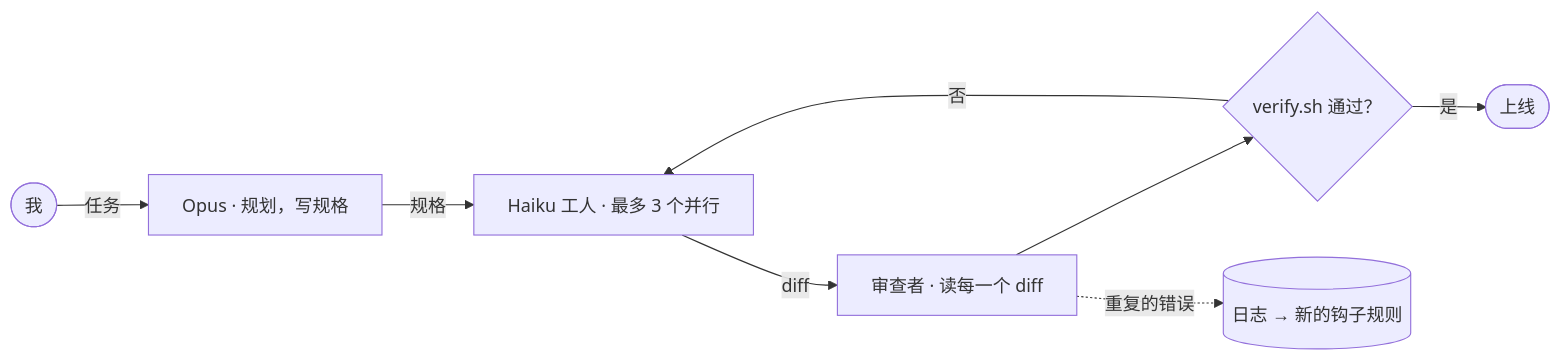
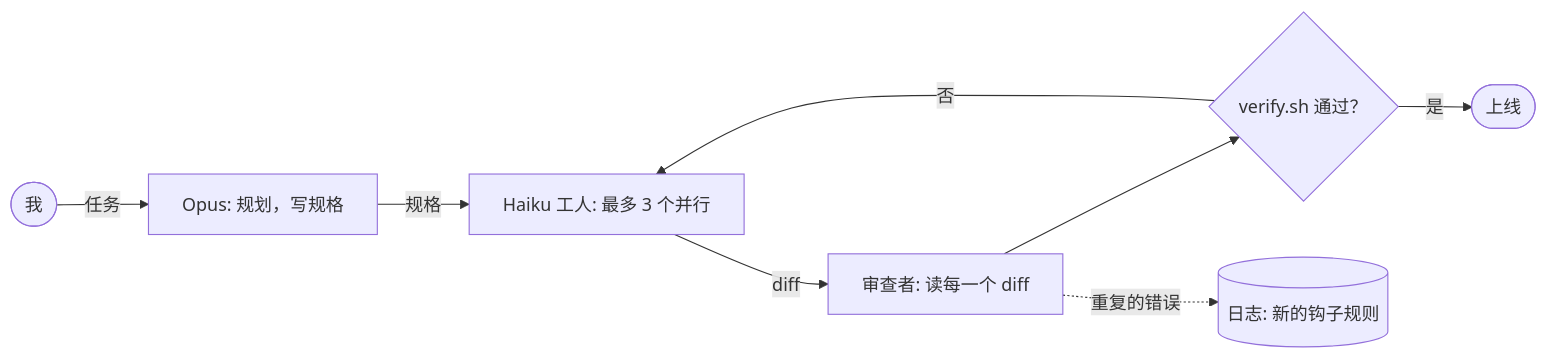
The diagram in i18n/README.zh.md (sysrootix/sysrootix), drawn with Mermaid before and after one commit. The commit also changed 4 other files, not shown here.

Commit message:
Fix flowchart for GitHub's mermaid

````diff
--- a/i18n/README.zh.md
+++ b/i18n/README.zh.md
@@ -31,10 +31,10 @@
 ```mermaid
 flowchart LR
-  me(["我"]) -->|任务| opus["Opus · 规划，写规格"]
-  opus -->|规格| haiku["Haiku 工人 · 最多 3 个并行"]
-  haiku -->|diff| rev["审查者 · 读每一个 diff"]
-  rev --> ok{"verify.sh 通过？"}
-  ok -->|是| ship(["上线"])
-  ok -->|否| haiku
-  rev -.->|重复的错误| log[("日志 → 新的钩子规则")]
+  ME([我]) -- 任务 --> OP[Opus: 规划，写规格]
+  OP -- 规格 --> HW[Haiku 工人: 最多 3 个并行]
+  HW -- diff --> RV[审查者: 读每一个 diff]
+  RV --> OK{verify.sh 通过？}
+  OK -- 是 --> SH([上线])
+  OK -- 否 --> HW
+  RV -. 重复的错误 .-> JR[(日志: 新的钩子规则)]
 ```
````
